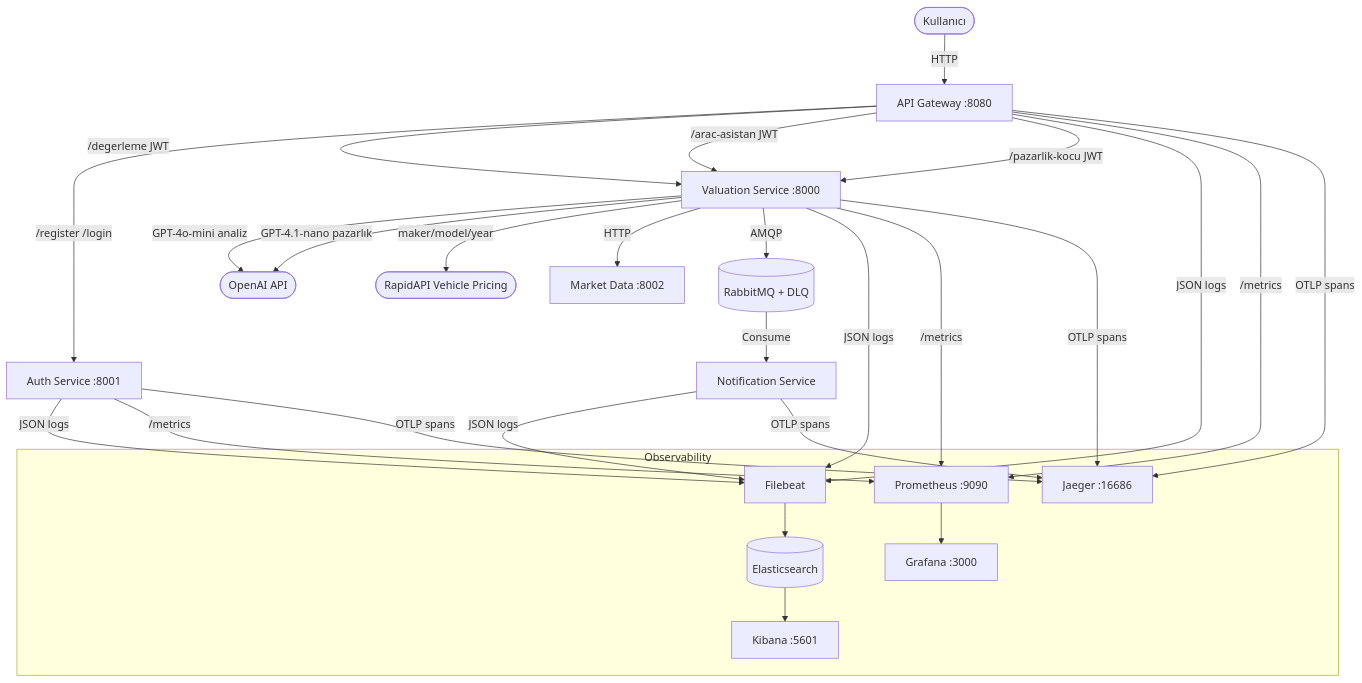
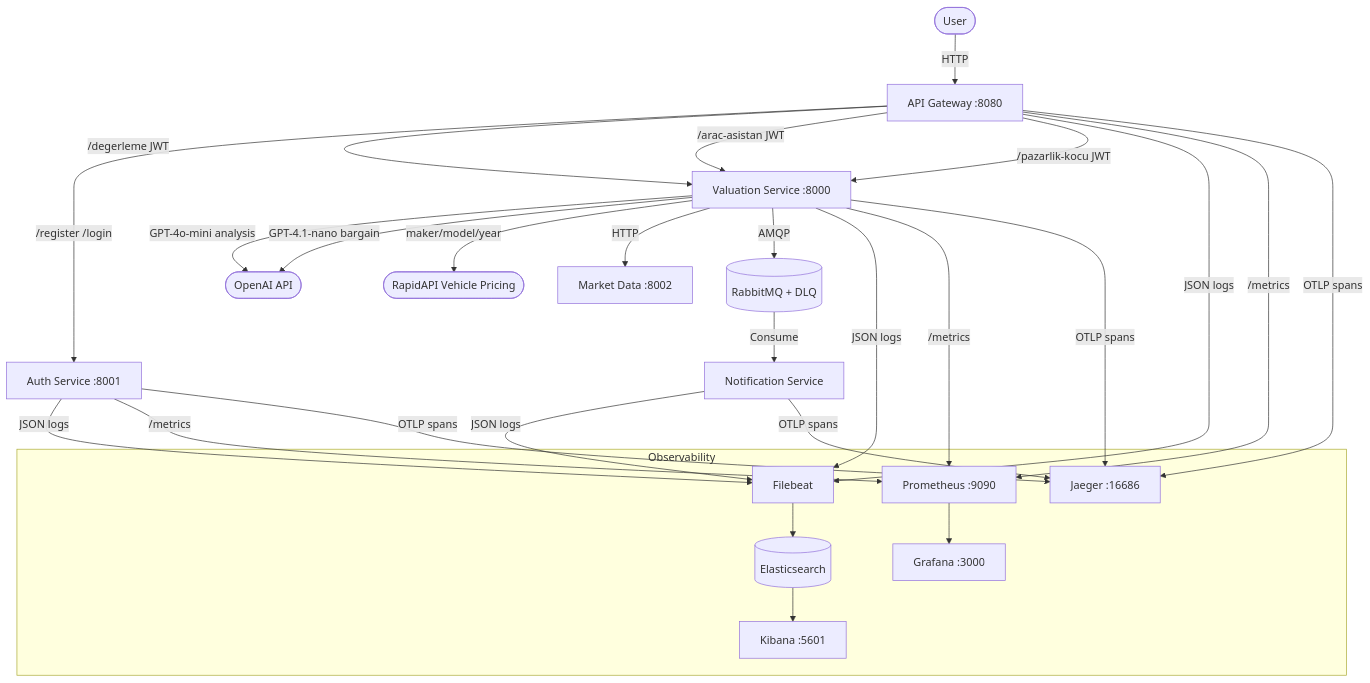
One commit to kayracolak/car-valuation-microservice changed the diagram in README.md. Above: the diagram before and after it, drawn with Mermaid. The commit also changed other lines of this file, not shown here.

````diff
--- a/README.md
+++ b/README.md
@@ -89,27 +89,27 @@
 ```mermaid
 graph TD
-    Client([Kullanıcı]) -->|HTTP| GW[API Gateway :8080]
+    Client([User]) -->|HTTP| GW[API Gateway :8080]
 
     GW -->|/register /login| Auth[Auth Service :8001]
     GW -->|/degerleme JWT| Val[Valuation Service :8000]
     GW -->|/arac-asistan JWT| Val
     GW -->|/pazarlik-kocu JWT| Val
 
-    Val -->|GPT-4o-mini analiz| OAI([OpenAI API])
-    Val -->|GPT-4.1-nano pazarlık| OAI
+    Val -->|GPT-4o-mini analysis| OAI([OpenAI API])
+    Val -->|GPT-4.1-nano bargain| OAI
     Val -->|maker/model/year| RAPI([RapidAPI Vehicle Pricing])
     Val -->|HTTP| MDS[Market Data :8002]
     Val -->|AMQP| MQ[(RabbitMQ + DLQ)]
     MQ -->|Consume| Notif[Notification Service]
 
     subgraph Observability
         Filebeat --> ES[(Elasticsearch)]
         ES --> Kibana[Kibana :5601]
         Prom[Prometheus :9090] --> Grafana[Grafana :3000]
         Jaeger[Jaeger :16686]
     end
 
     GW & Auth & Val & Notif -->|JSON logs| Filebeat
     GW & Auth & Val -->|/metrics| Prom
     GW & Auth & Val & Notif -->|OTLP spans| Jaeger
 ```
````
